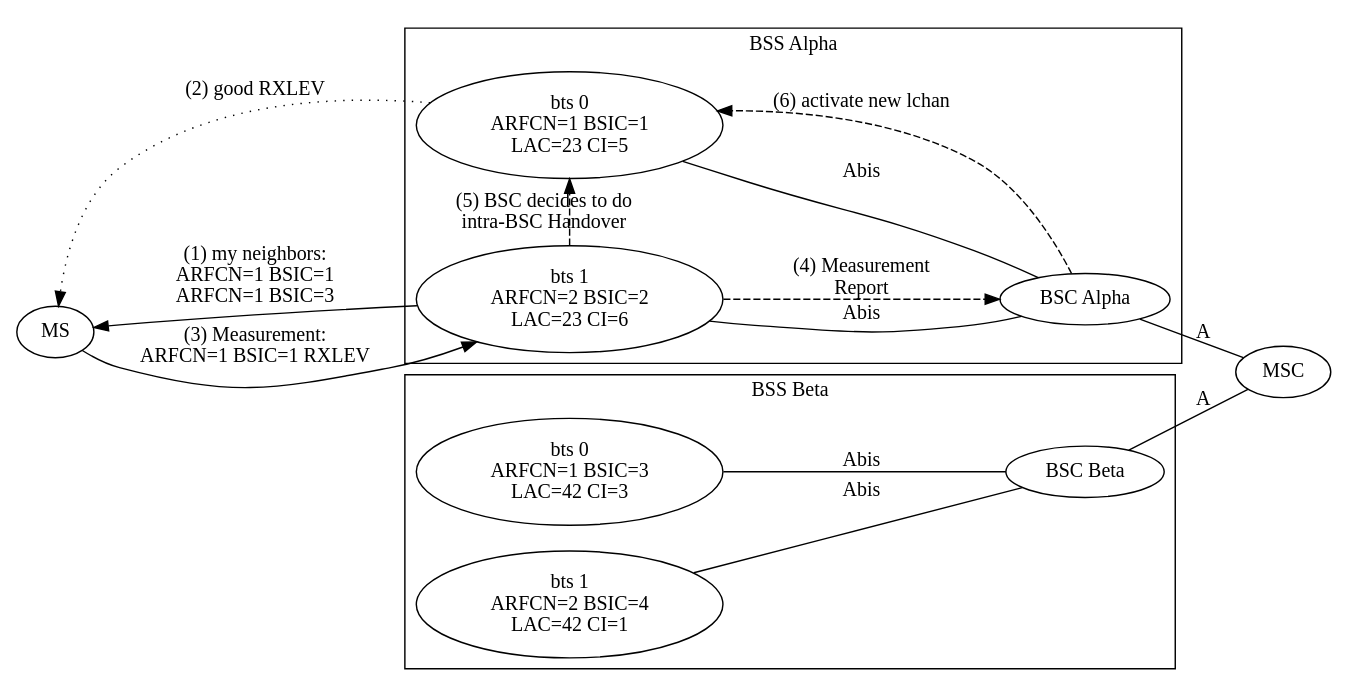
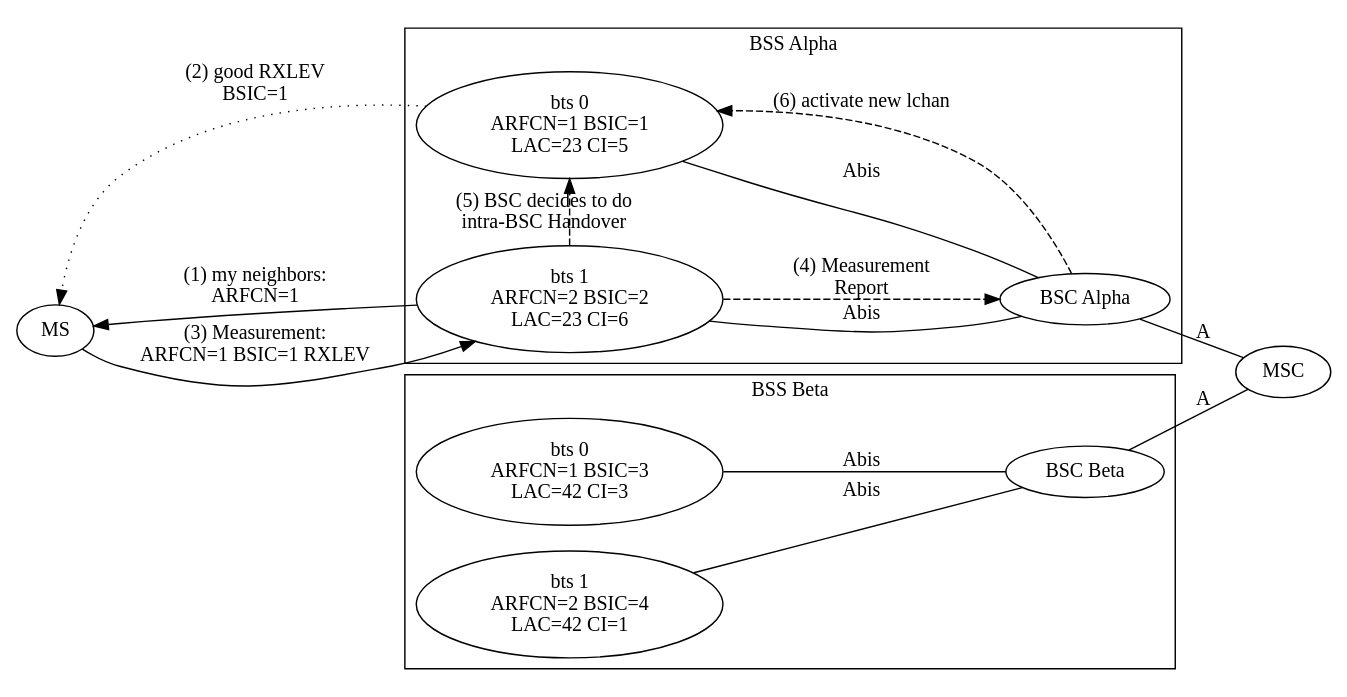
One commit to osmocom/osmo-bsc changed the diagram in doc/manuals/chapters/handover_intra_bsc.dot. Above: the diagram before and after it, drawn with Graphviz. The commit also changed 2 other files, not shown here.

```diff
--- a/doc/manuals/chapters/handover_intra_bsc.dot
+++ b/doc/manuals/chapters/handover_intra_bsc.dot
@@ -1,31 +1,31 @@
 digraph G {
 rankdir=LR
 	
 subgraph cluster_bss_a {
 	label="BSS Alpha"
 	BTS_a0 [rank=min,label="bts 0\nARFCN=1 BSIC=1\nLAC=23 CI=5"]
 	BTS_a1 [rank=min,label="bts 1\nARFCN=2 BSIC=2\nLAC=23 CI=6"]
 	BSC_a [label="BSC Alpha"];
 	{BTS_a0,BTS_a1} -> BSC_a [arrowhead=none,label=Abis]
 }
 
 subgraph cluster_bss_b {
 	label="BSS Beta"
 	BTS_b0 [rank=min,label="bts 0\nARFCN=1 BSIC=3\nLAC=42 CI=3"]
 	BTS_b1 [rank=min,label="bts 1\nARFCN=2 BSIC=4\nLAC=42 CI=1"]
 	BSC_b [label="BSC Beta"]
 	{BTS_b0,BTS_b1} -> BSC_b [arrowhead=none,label=Abis]
 }
 
 MS -> BTS_a1 [label="(3) Measurement:\nARFCN=1 BSIC=1 RXLEV"]
-BTS_a1 -> MS [label="(1) my neighbors:\nARFCN=1 BSIC=1\nARFCN=1 BSIC=3"]
-BTS_a0 -> MS [label="(2) good RXLEV",style=dotted]
+BTS_a1 -> MS [label="(1) my neighbors:\nARFCN=1"]
+BTS_a0 -> MS [label="(2) good RXLEV\nBSIC=1",style=dotted]
 MS -> {BTS_a0,BTS_b0,BTS_b1} [style=invisible,arrowhead=none]
 
 BTS_a1 -> BSC_a [label="(4) Measurement\nReport",style=dashed]
 BTS_a1 -> BTS_a0 [label="(5) BSC decides to do\nintra-BSC Handover",style=dashed,constraint=false]
 BSC_a -> BTS_a0 [label="(6) activate new lchan",style=dashed,constraint=false]
 
 {BSC_a,BSC_b} -> MSC [arrowhead=none,label=A]
 
 }
```
